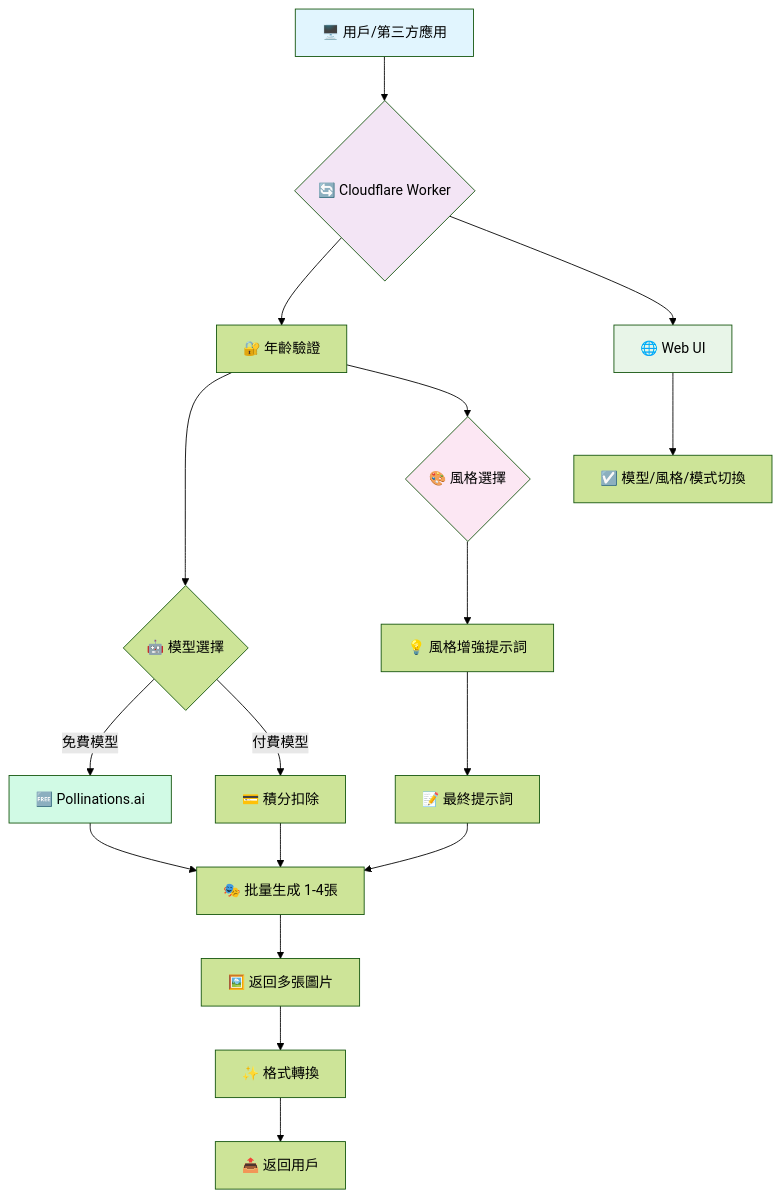
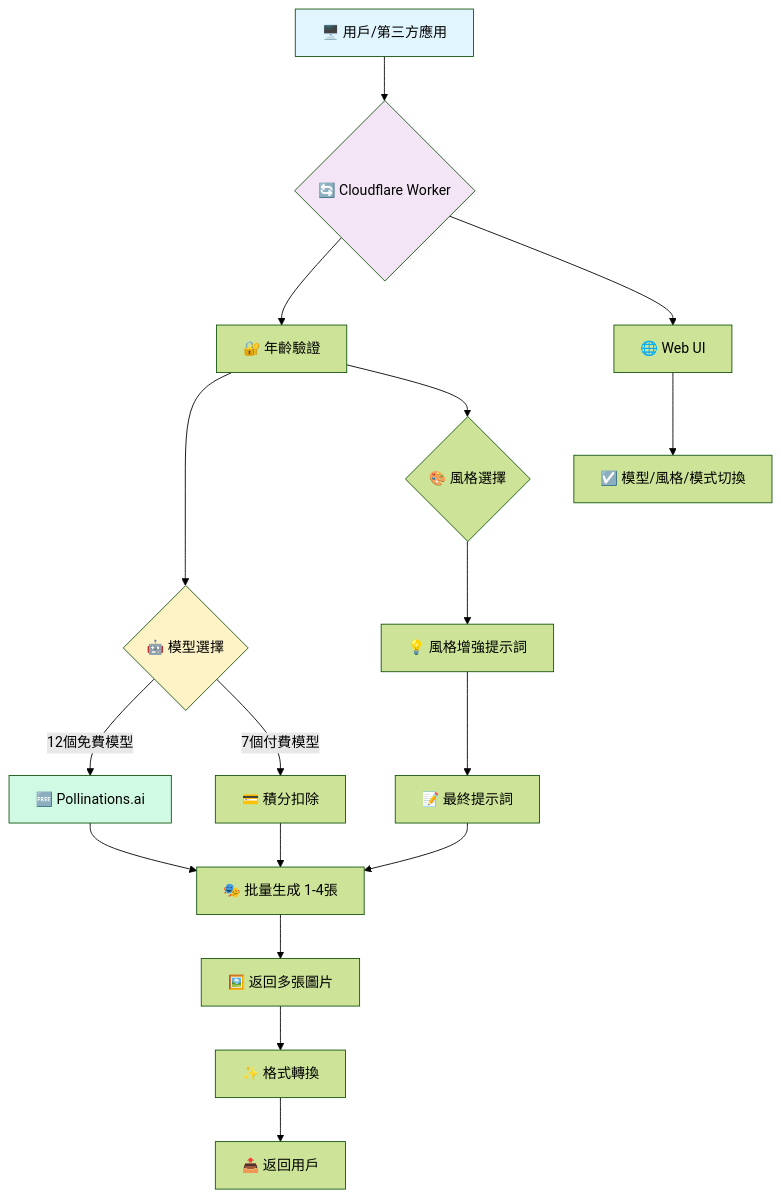
Before and after one commit to kinai9661/fluxai: the diagram in README.md, drawn with Mermaid (forest theme). The commit also changed other lines of this file, not shown here.

````diff
--- a/README.md
+++ b/README.md
@@ -179,31 +222,30 @@
 ```mermaid
 flowchart TD
     A[🖥️ 用戶/第三方應用] --> B{🔄 Cloudflare Worker}
     
     B --> C[🔐 年齡驗證]
     C --> D{🤖 模型選擇}
     C --> E{🎨 風格選擇}
     
-    D -->|免費模型| F[🆓 Pollinations.ai]
-    D -->|付費模型| G[💳 積分扣除]
+    D -->|12個免費模型| F[🆓 Pollinations.ai]
+    D -->|7個付費模型| G[💳 積分扣除]
     
     E --> H[💡 風格增強提示詞]
     H --> I[📝 最終提示詞]
     
     F --> J[🎭 批量生成 1-4張]
     G --> J
     I --> J
     
     J --> K[🖼️ 返回多張圖片]
     K --> L[✨ 格式轉換]
     L --> M[📤 返回用戶]
     
     B --> N[🌐 Web UI]
     N --> O[☑️ 模型/風格/模式切換]
     
     style A fill:#e1f5fe
     style B fill:#f3e5f5
-    style E fill:#fce7f3
     style F fill:#d1fae5
-    style N fill:#e8f5e8
+    style D fill:#fef3c7
 ```
````
